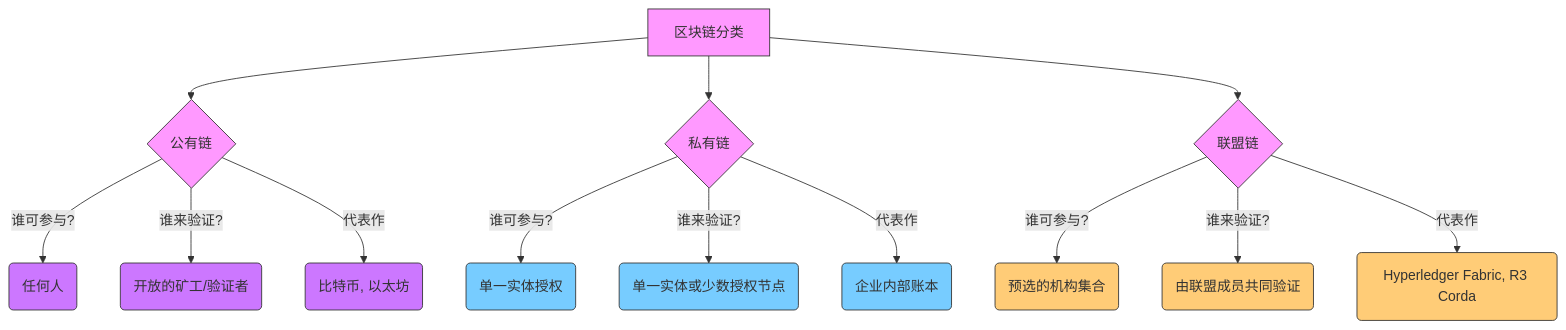
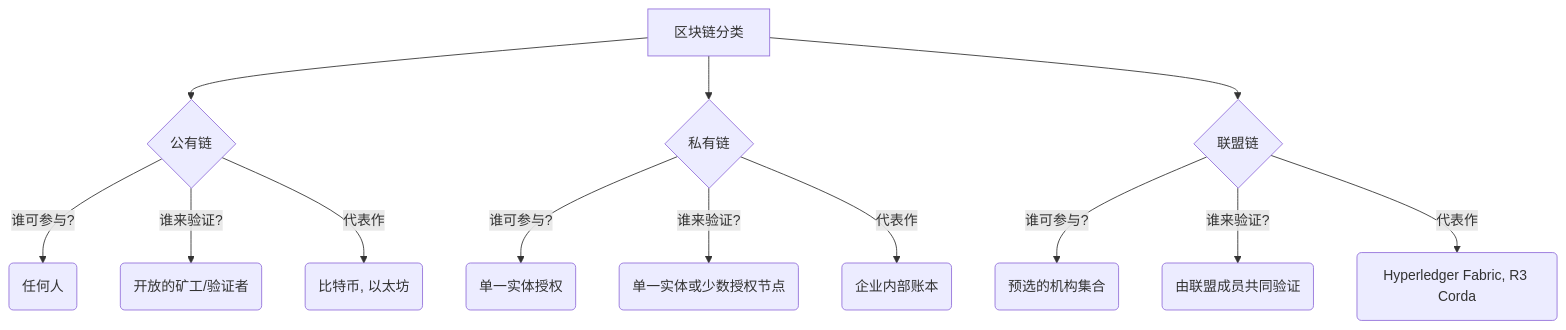
One commit to teatang/t-blog changed the fourth of 4 diagrams in source/_posts/2023/2023-05-03_区块链原理详解：技术基石与运作机制.md. Above: the diagram before and after it, drawn with Mermaid. The commit also changed other lines of this file and 12 other files, not shown here.

```diff
--- a/source/_posts/2023/2023-05-03_区块链原理详解：技术基石与运作机制.md
+++ b/source/_posts/2023/2023-05-03_区块链原理详解：技术基石与运作机制.md
@@ -216,28 +217,23 @@
 {% mermaid %}
 graph TD
     classDef blockchainStyle fill:#f9f,stroke:#333;
     classDef publicStyle fill:#c7f,stroke:#333;
     classDef privateStyle fill:#7cf,stroke:#333;
     classDef consortiumStyle fill:#fc7,stroke:#333;
 
     A[区块链分类] --> B{公有链}
     A --> C{私有链}
     A --> D{联盟链}
 
     B -- 谁可参与? --> B1(任何人)
     B -- 谁来验证? --> B2(开放的矿工/验证者)
     B -- 代表作 --> B3(比特币, 以太坊)
 
     C -- 谁可参与? --> C1(单一实体授权)
     C -- 谁来验证? --> C2(单一实体或少数授权节点)
     C -- 代表作 --> C3(企业内部账本)
 
     D -- 谁可参与? --> D1(预选的机构集合)
     D -- 谁来验证? --> D2(由联盟成员共同验证)
     D -- 代表作 --> D3(Hyperledger Fabric, R3 Corda)
-
-    class A,B,C,D blockchainStyle;
-    class B1,B2,B3 publicStyle;
-    class C1,C2,C3 privateStyle;
-    class D1,D2,D3 consortiumStyle;
 {% endmermaid %}
```
